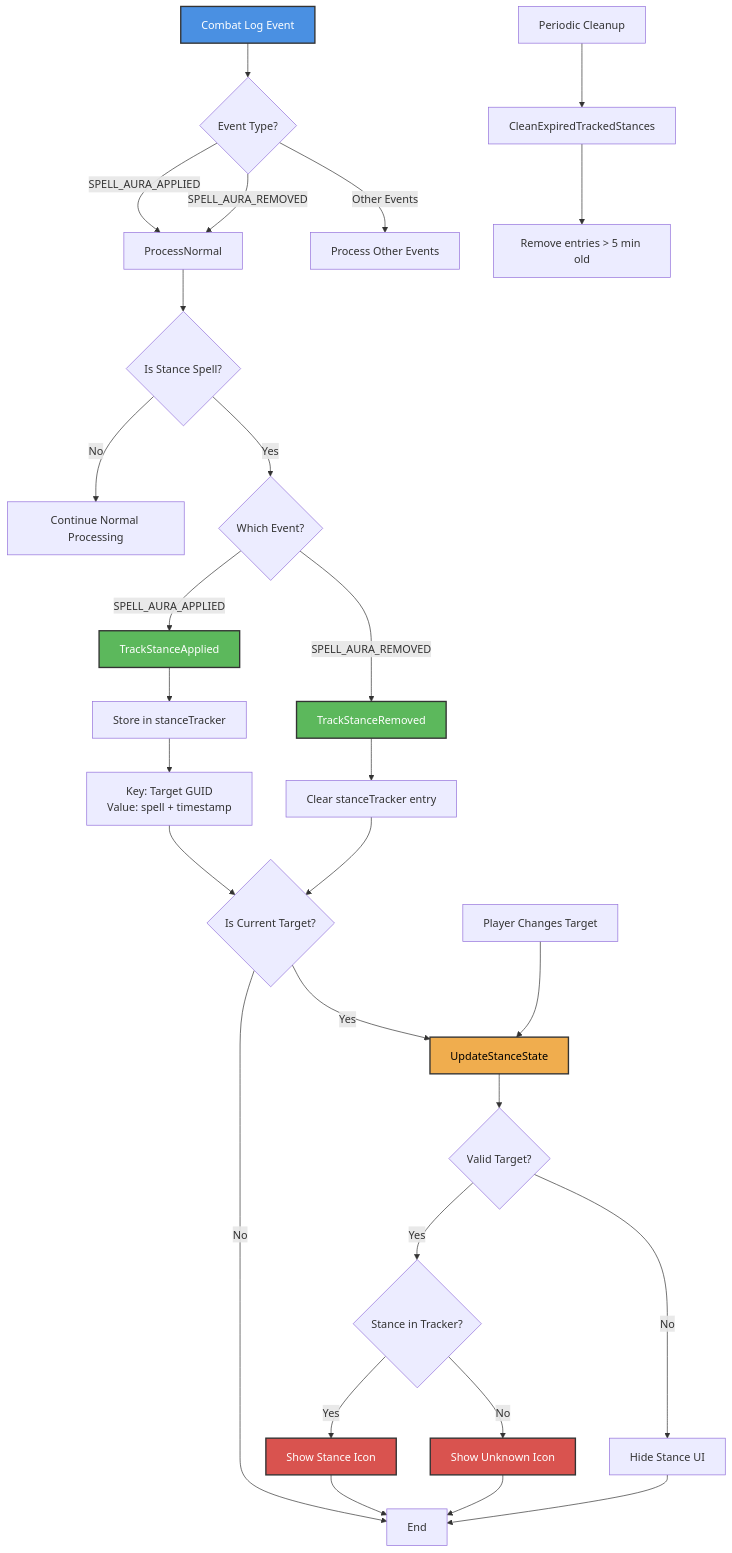
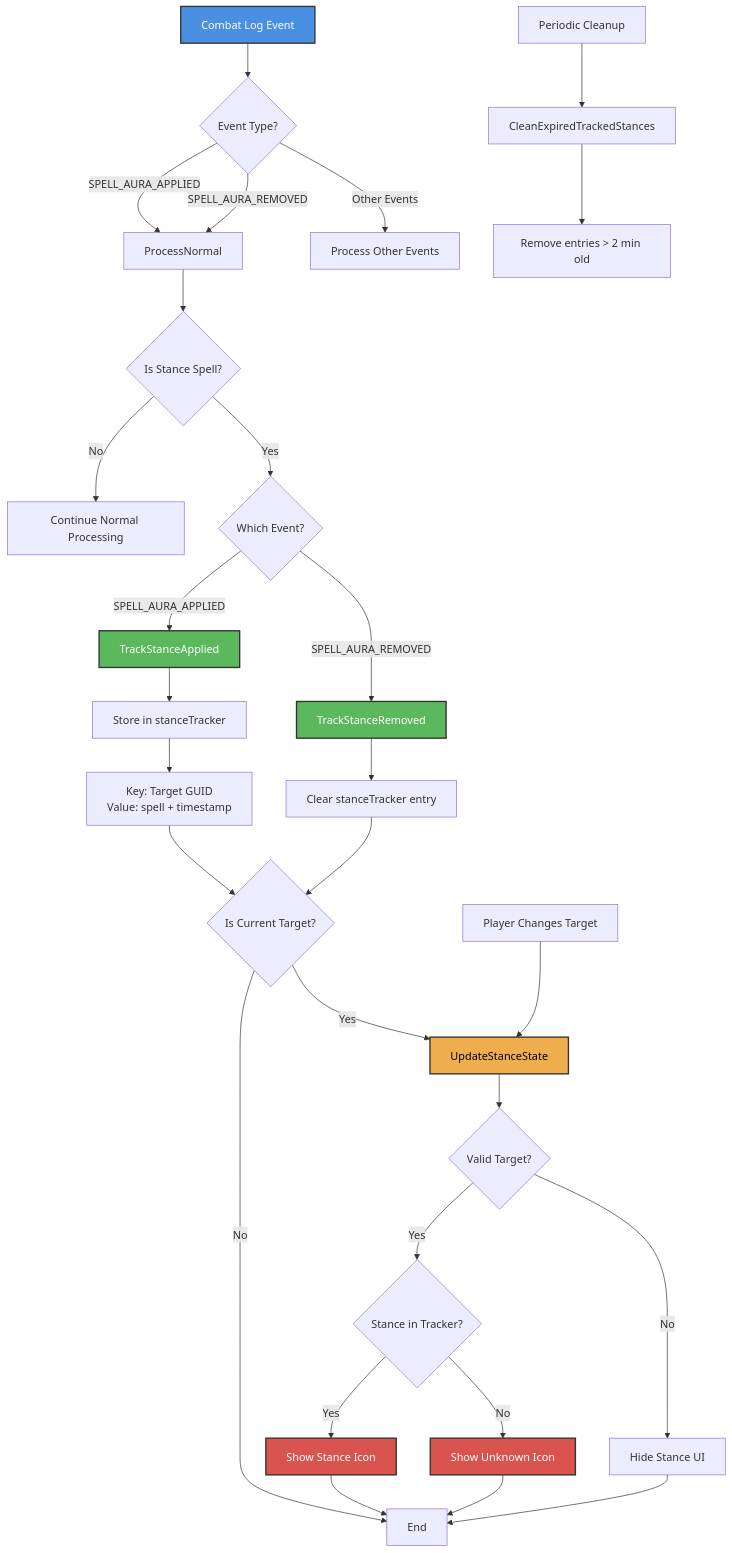
Before and after one commit to RagedUnicorn/wow-classic-pvpwarn: the diagram in docs/stance_tracking_flow.md, drawn with Mermaid. The commit also changed other lines of this file, not shown here.

Commit message:
docs: update stance tracking flow documentation to reflect changes in cleanup timing

````diff
--- a/docs/stance_tracking_flow.md
+++ b/docs/stance_tracking_flow.md
@@ -5,49 +5,49 @@
 ```mermaid
 graph TD
     CombatLogEvent[Combat Log Event] --> EventTypeCheck{Event Type?}
 
     EventTypeCheck -->|SPELL_AURA_APPLIED| ProcessNormal[ProcessNormal]
     EventTypeCheck -->|SPELL_AURA_REMOVED| ProcessNormal
     EventTypeCheck -->|Other Events| ProcessOther[Process Other Events]
 
     ProcessNormal --> IsStanceCheck{Is Stance Spell?}
     IsStanceCheck -->|No| ContinueNormal[Continue Normal Processing]
     IsStanceCheck -->|Yes| WhichEventCheck{Which Event?}
 
     WhichEventCheck -->|SPELL_AURA_APPLIED| TrackApplied[TrackStanceApplied]
     WhichEventCheck -->|SPELL_AURA_REMOVED| TrackRemoved[TrackStanceRemoved]
 
     TrackApplied --> StoreTracker[Store in stanceTracker]
     StoreTracker --> TrackerData[Key: Target GUID<br/>Value: spell + timestamp]
 
     TrackRemoved --> ClearTracker[Clear stanceTracker entry]
 
     TrackerData --> CurrentTargetCheck{Is Current Target?}
     ClearTracker --> CurrentTargetCheck
 
     CurrentTargetCheck -->|Yes| UpdateState[UpdateStanceState]
     CurrentTargetCheck -->|No| End[End]
 
     UpdateState --> ValidTargetCheck{Valid Target?}
     ValidTargetCheck -->|No| HideUI[Hide Stance UI]
     ValidTargetCheck -->|Yes| StanceInTrackerCheck{Stance in Tracker?}
 
     StanceInTrackerCheck -->|Yes| ShowStance[Show Stance Icon]
     StanceInTrackerCheck -->|No| ShowUnknown[Show Unknown Icon]
 
     ShowStance --> End
     ShowUnknown --> End
     HideUI --> End
 
     PlayerChangesTarget[Player Changes Target] --> UpdateState
 
     PeriodicCleanup[Periodic Cleanup] --> CleanExpired[CleanExpiredTrackedStances]
-    CleanExpired --> RemoveOld[Remove entries > 5 min old]
+    CleanExpired --> RemoveOld[Remove entries > 2 min old]
 
     style CombatLogEvent fill:#4a90e2,stroke:#333,stroke-width:2px,color:#fff
     style TrackApplied fill:#5cb85c,stroke:#333,stroke-width:2px,color:#fff
     style TrackRemoved fill:#5cb85c,stroke:#333,stroke-width:2px,color:#fff
     style UpdateState fill:#f0ad4e,stroke:#333,stroke-width:2px,color:#000
     style ShowStance fill:#d9534f,stroke:#333,stroke-width:2px,color:#fff
     style ShowUnknown fill:#d9534f,stroke:#333,stroke-width:2px,color:#fff
 ```
````
